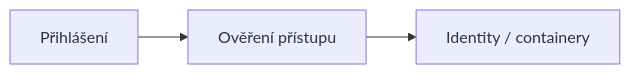
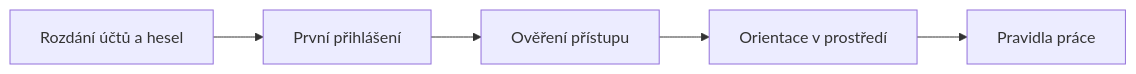
One commit to MalasekPetr/gopas-goc224 changed the diagram in day-1/onboarding/README.md. Above: the diagram before and after it, drawn with Mermaid. The commit also changed other lines of this file and 31 other files, not shown here.

````diff
--- a/day-1/onboarding/README.md
+++ b/day-1/onboarding/README.md
@@ -14,6 +19,7 @@
 ```mermaid
-%% TODO: diagram — onboarding flow (přihlášení → ověření přístupu → identity/containery)
 flowchart LR
-  A[Přihlášení] --> B[Ověření přístupu]
-  B --> C[Identity / containery]
+  A[Rozdání účtů a hesel] --> B[První přihlášení]
+  B --> C[Ověření přístupu]
+  C --> D[Orientace v prostředí]
+  D --> E[Pravidla práce]
 ```
````
